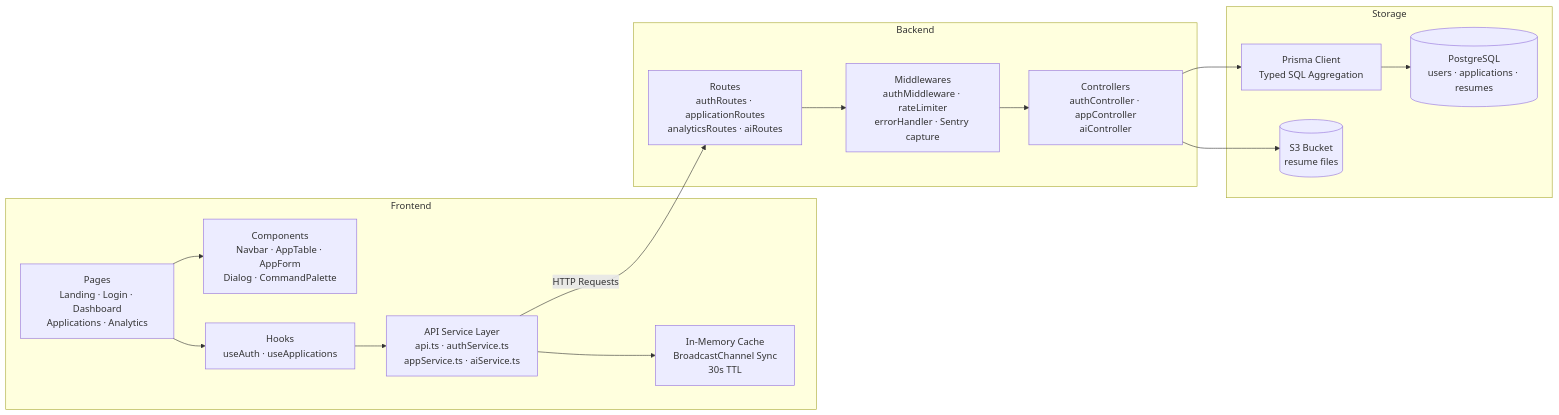
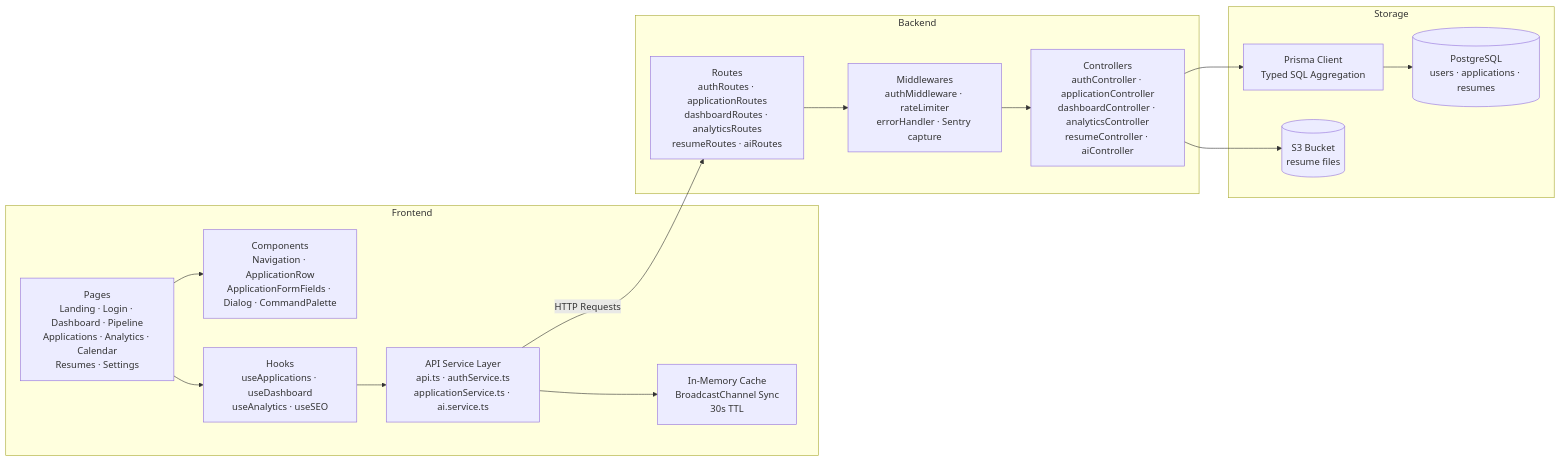
The second of 4 diagrams in README.md (mdadeel/Career-Tracker), drawn with Mermaid before and after one commit. The commit also changed other lines of this file and 4 other files, not shown here.

````diff
--- a/README.md
+++ b/README.md
@@ -143,33 +143,33 @@
 ```mermaid
 graph LR
     subgraph Frontend
-        Pages[Pages<br/>Landing · Login · Dashboard<br/>Applications · Analytics]
-        Components[Components<br/>Navbar · AppTable · AppForm<br/>Dialog · CommandPalette]
-        Hooks[Hooks<br/>useAuth · useApplications]
+        Pages[Pages<br/>Landing · Login · Dashboard · Pipeline<br/>Applications · Analytics · Calendar<br/>Resumes · Settings]
+        Components[Components<br/>Navigation · ApplicationRow<br/>ApplicationFormFields · Dialog · CommandPalette]
+        Hooks[Hooks<br/>useApplications · useDashboard<br/>useAnalytics · useSEO]
         Cache[In-Memory Cache<br/>BroadcastChannel Sync<br/>30s TTL]
-        Services[API Service Layer<br/>api.ts · authService.ts<br/>appService.ts · aiService.ts]
+        Services[API Service Layer<br/>api.ts · authService.ts<br/>applicationService.ts · ai.service.ts]
     end
 
     subgraph Backend
-        Routes[Routes<br/>authRoutes · applicationRoutes<br/>analyticsRoutes · aiRoutes]
-        Controllers[Controllers<br/>authController · appController<br/>aiController]
+        Routes[Routes<br/>authRoutes · applicationRoutes<br/>dashboardRoutes · analyticsRoutes<br/>resumeRoutes · aiRoutes]
+        Controllers[Controllers<br/>authController · applicationController<br/>dashboardController · analyticsController<br/>resumeController · aiController]
         Middlewares[Middlewares<br/>authMiddleware · rateLimiter<br/>errorHandler · Sentry capture]
     end
 
     subgraph Storage
         PrismaClient[Prisma Client<br/>Typed SQL Aggregation]
         PG[(PostgreSQL<br/>users · applications · resumes)]
         AWS[(S3 Bucket<br/>resume files)]
     end
 
     Pages --> Components
     Pages --> Hooks
     Hooks --> Services
     Services --> Cache
     Services -->|HTTP Requests| Routes
     Routes --> Middlewares
     Middlewares --> Controllers
     Controllers --> PrismaClient
     Controllers --> AWS
     PrismaClient --> PG
 ```
````
